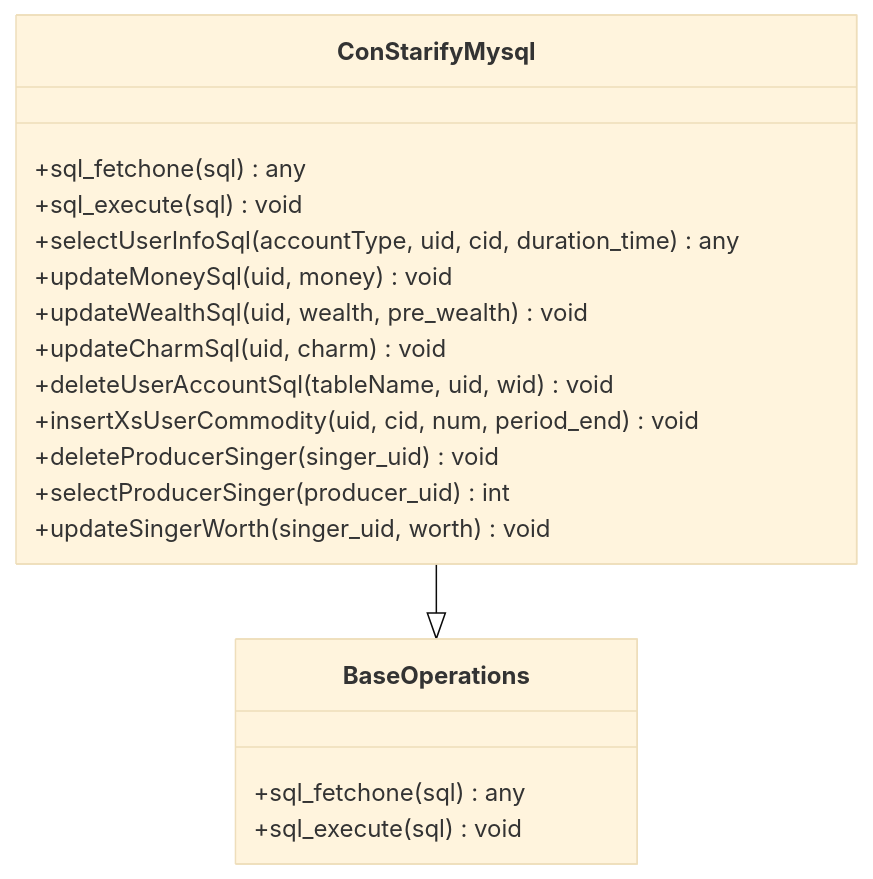
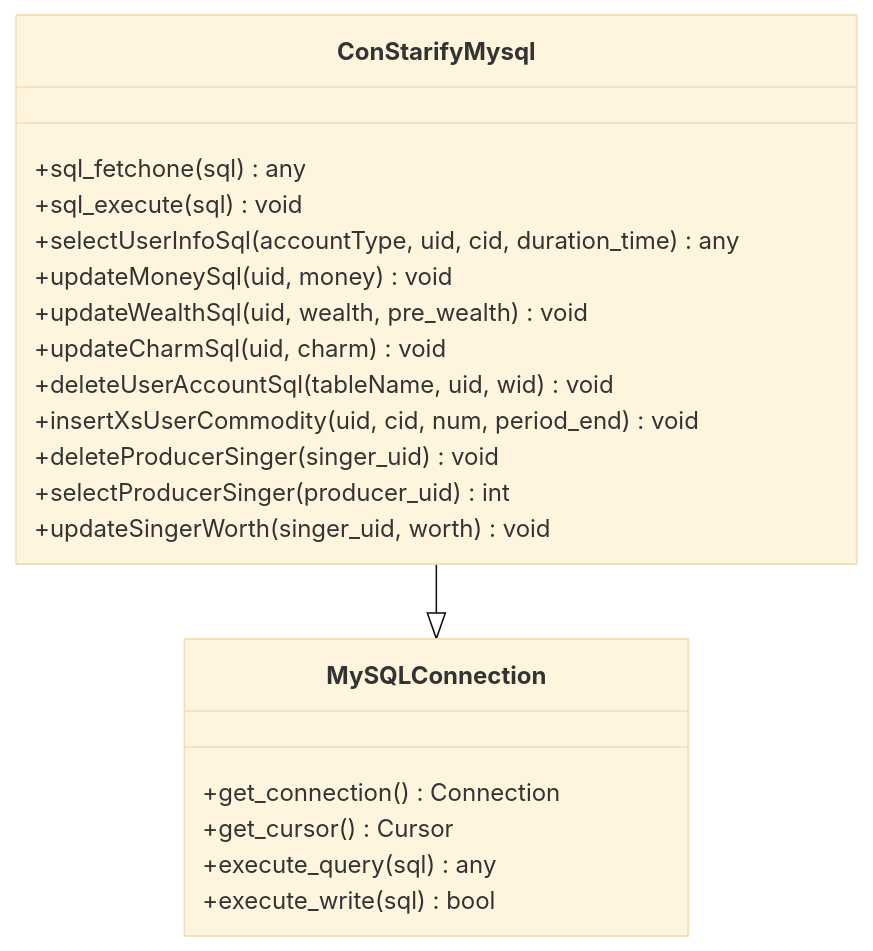
Before and after one commit to liximing1-ola/qa-payTest: the sixth of 8 diagrams in .qoder/repowiki/zh/content/核心模块/数据库操作模块.md, drawn with Mermaid (base theme). The commit also changed other lines of this file and 6 other files, not shown here.

````diff
--- a/.qoder/repowiki/zh/content/核心模块/数据库操作模块.md
+++ b/.qoder/repowiki/zh/content/核心模块/数据库操作模块.md
@@ -334,21 +358,23 @@
 ```mermaid
 classDiagram
 class ConStarifyMysql {
 +sql_fetchone(sql) any
 +sql_execute(sql) void
 +selectUserInfoSql(accountType, uid, cid, duration_time) any
 +updateMoneySql(uid, money) void
 +updateWealthSql(uid, wealth, pre_wealth) void
 +updateCharmSql(uid, charm) void
 +deleteUserAccountSql(tableName, uid, wid) void
 +insertXsUserCommodity(uid, cid, num, period_end) void
 +deleteProducerSinger(singer_uid) void
 +selectProducerSinger(producer_uid) int
 +updateSingerWorth(singer_uid, worth) void
 }
-class BaseOperations {
-+sql_fetchone(sql) any
-+sql_execute(sql) void
+class MySQLConnection {
++get_connection() Connection
++get_cursor() Cursor
++execute_query(sql) any
++execute_write(sql) bool
 }
-ConStarifyMysql --|> BaseOperations
+ConStarifyMysql --|> MySQLConnection
 ```
````
